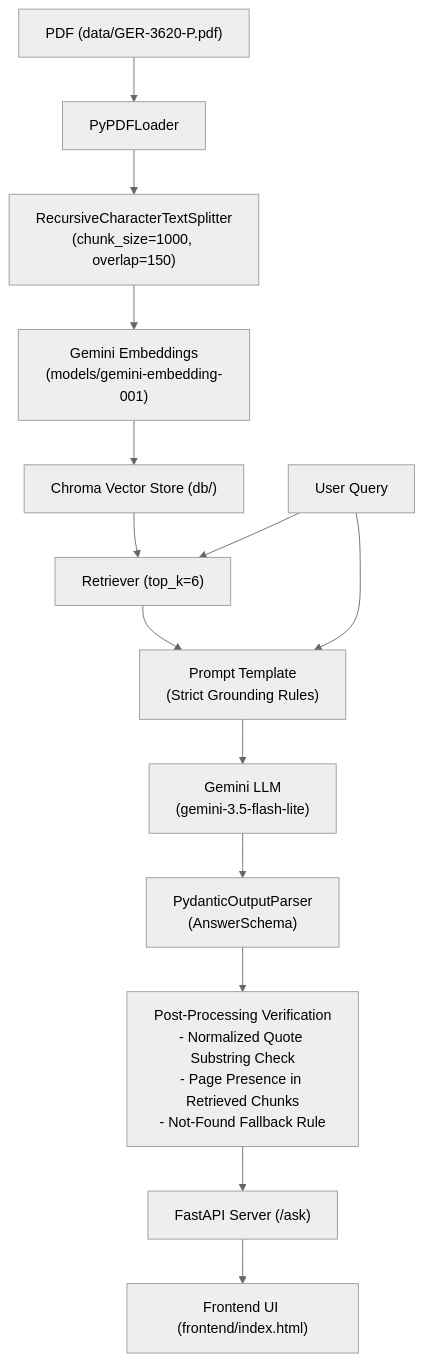
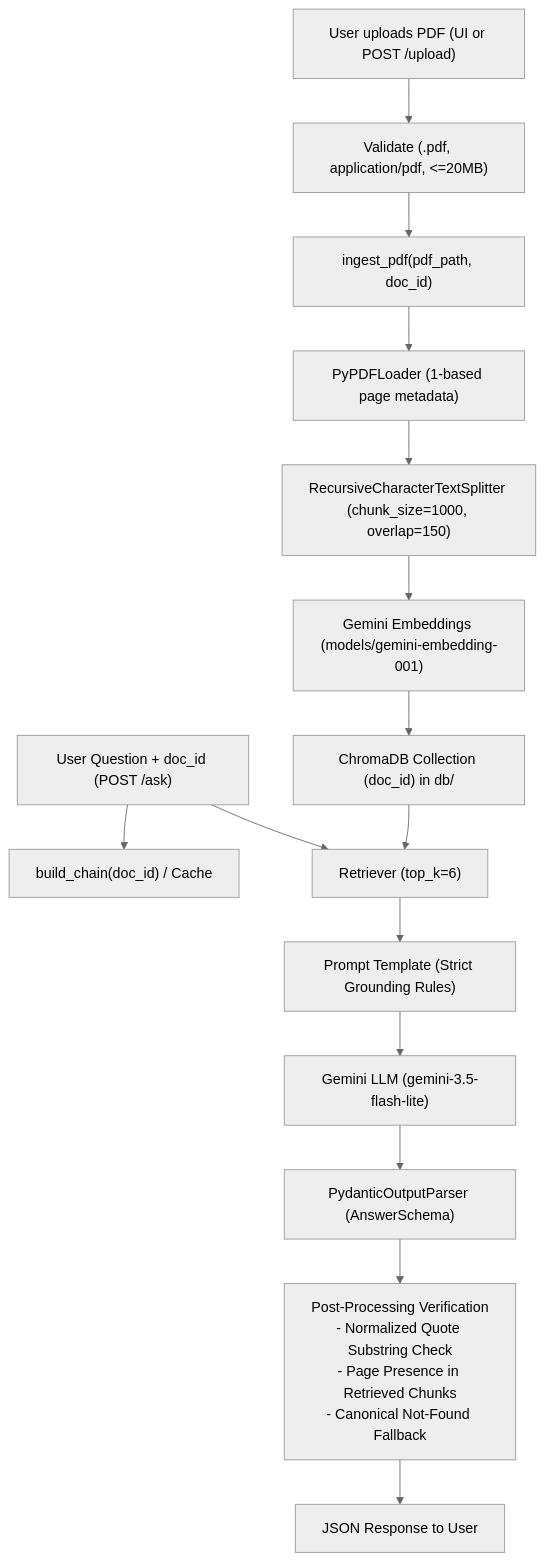
Before and after one commit to KiranSinha872/AskPDF: the diagram in README.md, drawn with Mermaid (neutral theme). The commit also changed other lines of this file and 10 other files, not shown here.

Commit message:
Generalise: upload any PDF

````diff
--- a/README.md
+++ b/README.md
@@ -13,17 +13,18 @@
 ```mermaid
 flowchart TD
-    A["PDF (data/GER-3620-P.pdf)"] --> B["PyPDFLoader"]
-    B --> C["RecursiveCharacterTextSplitter<br/>(chunk_size=1000, overlap=150)"]
-    C --> D["Gemini Embeddings<br/>(models/gemini-embedding-001)"]
-    D --> E["Chroma Vector Store (db/)"]
+    UserUpload["User uploads PDF (UI or POST /upload)"] --> Validate["Validate (.pdf, application/pdf, <=20MB)"]
+    Validate --> Ingest["ingest_pdf(pdf_path, doc_id)"]
+    Ingest --> PyPDF["PyPDFLoader (1-based page metadata)"]
+    PyPDF --> Split["RecursiveCharacterTextSplitter (chunk_size=1000, overlap=150)"]
+    Split --> Embed["Gemini Embeddings (models/gemini-embedding-001)"]
+    Embed --> Chroma["ChromaDB Collection (doc_id) in db/"]
     
-    UserQuery["User Query"] --> F["Retriever (top_k=6)"]
-    E --> F
-    F --> G["Prompt Template<br/>(Strict Grounding Rules)"]
-    UserQuery --> G
-    G --> H["Gemini LLM<br/>(gemini-3.5-flash-lite)"]
-    H --> I["PydanticOutputParser<br/>(AnswerSchema)"]
-    I --> J["Post-Processing Verification<br/>- Normalized Quote Substring Check<br/>- Page Presence in Retrieved Chunks<br/>- Not-Found Fallback Rule"]
-    J --> K["FastAPI Server (/ask)"]
-    K --> L["Frontend UI (frontend/index.html)"]
+    UserQuery["User Question + doc_id (POST /ask)"] --> Cache["build_chain(doc_id) / Cache"]
+    Chroma --> Retriever["Retriever (top_k=6)"]
+    UserQuery --> Retriever
+    Retriever --> Prompt["Prompt Template (Strict Grounding Rules)"]
+    Prompt --> LLM["Gemini LLM (gemini-3.5-flash-lite)"]
+    LLM --> Parser["PydanticOutputParser (AnswerSchema)"]
+    Parser --> Grounding["Post-Processing Verification<br/>- Normalized Quote Substring Check<br/>- Page Presence in Retrieved Chunks<br/>- Canonical Not-Found Fallback"]
+    Grounding --> Response["JSON Response to User"]
 ```
````
